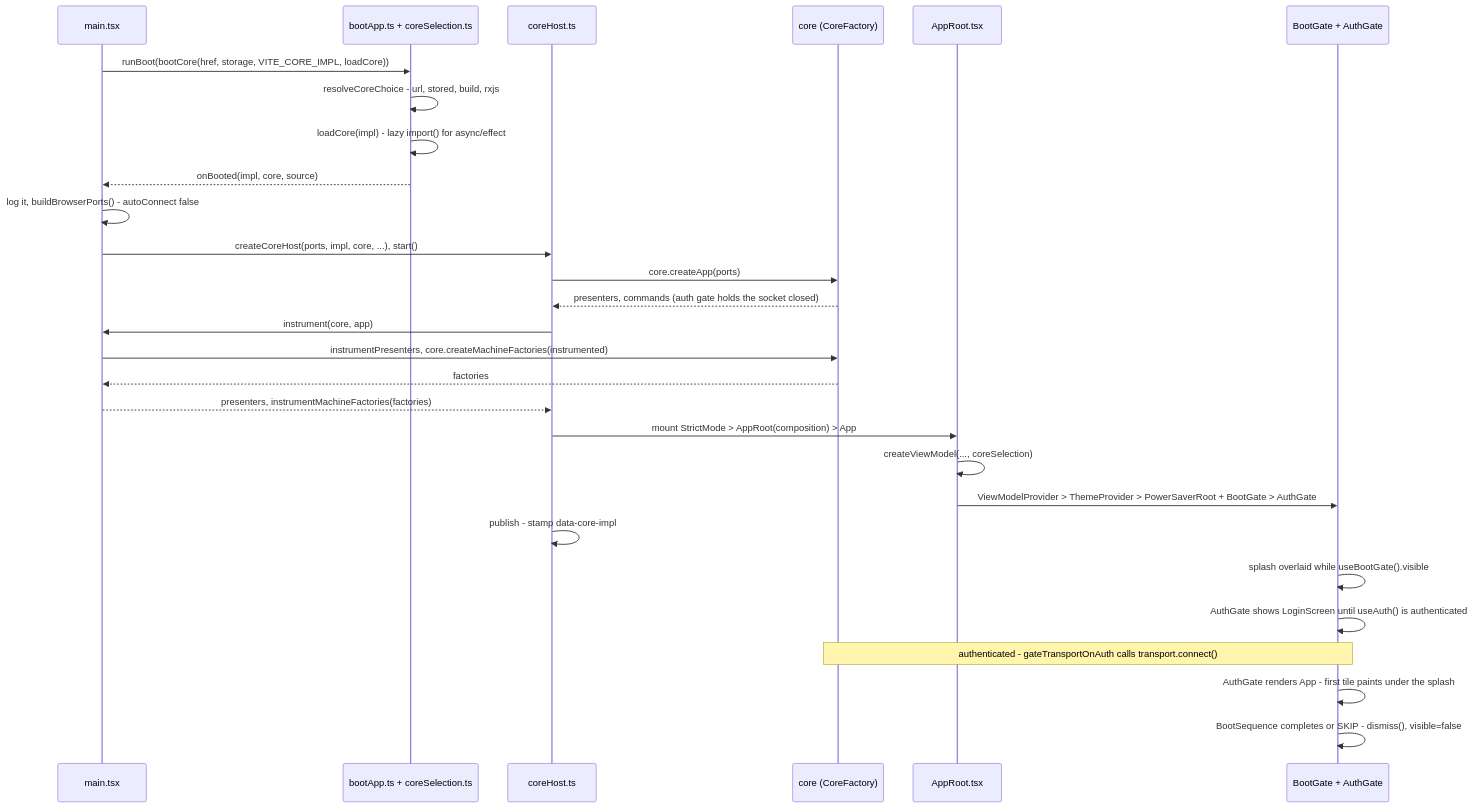
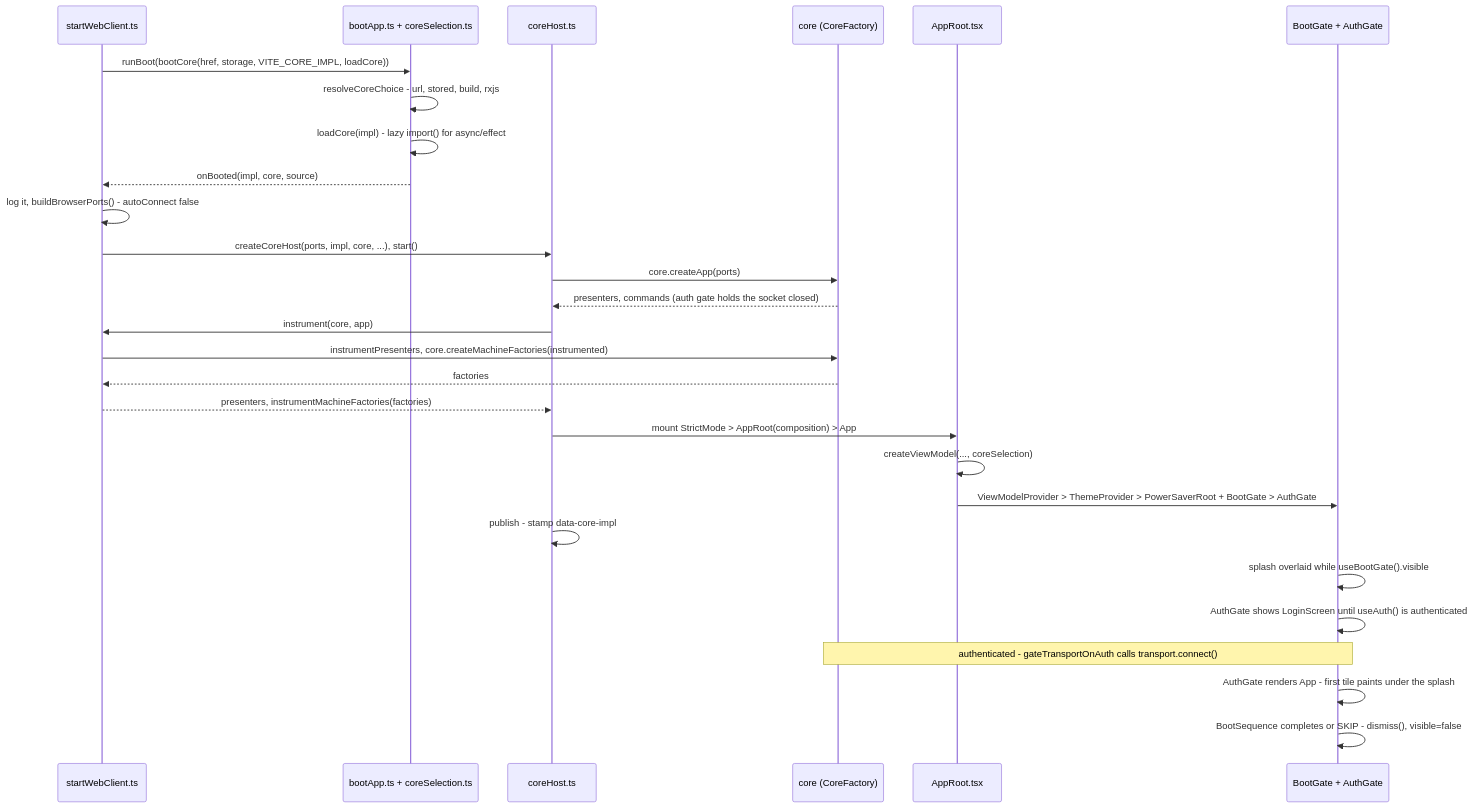
The second of 4 diagrams in docs/architecture/14-composition-and-wiring.md (bettersoftware-io/ReactiveTraderCloudClone), drawn with Mermaid before and after one commit. The commit also changed other lines of this file and 39 other files, not shown here.

First line of the commit message:
test: one test for both clients' deployed files; docs: startWebClient closes the web-boot workstream

````diff
--- a/docs/architecture/14-composition-and-wiring.md
+++ b/docs/architecture/14-composition-and-wiring.md
@@ -130,31 +130,31 @@
 ```mermaid
 sequenceDiagram
-    participant M as main.tsx
+    participant M as startWebClient.ts
     participant BC as bootApp.ts + coreSelection.ts
     participant H as coreHost.ts
     participant C as core (CoreFactory)
     participant AR as AppRoot.tsx
     participant G as BootGate + AuthGate
 
     M->>BC: runBoot(bootCore(href, storage, VITE_CORE_IMPL, loadCore))
     BC->>BC: resolveCoreChoice - url, stored, build, rxjs
     BC->>BC: loadCore(impl) - lazy import() for async/effect
     BC-->>M: onBooted(impl, core, source)
     M->>M: log it, buildBrowserPorts() - autoConnect false
     M->>H: createCoreHost(ports, impl, core, ...), start()
     H->>C: core.createApp(ports)
     C-->>H: presenters, commands (auth gate holds the socket closed)
     H->>M: instrument(core, app)
     M->>C: instrumentPresenters, core.createMachineFactories(instrumented)
     C-->>M: factories
     M-->>H: presenters, instrumentMachineFactories(factories)
     H->>AR: mount StrictMode > AppRoot(composition) > App
     AR->>AR: createViewModel(..., coreSelection)
     AR->>G: ViewModelProvider > ThemeProvider > PowerSaverRoot + BootGate > AuthGate
     H->>H: publish - stamp data-core-impl
     G->>G: splash overlaid while useBootGate().visible
     G->>G: AuthGate shows LoginScreen until useAuth() is authenticated
     Note over C,G: authenticated - gateTransportOnAuth calls transport.connect()
     G->>G: AuthGate renders App - first tile paints under the splash
     G->>G: BootSequence completes or SKIP - dismiss(), visible=false
 ```
````
